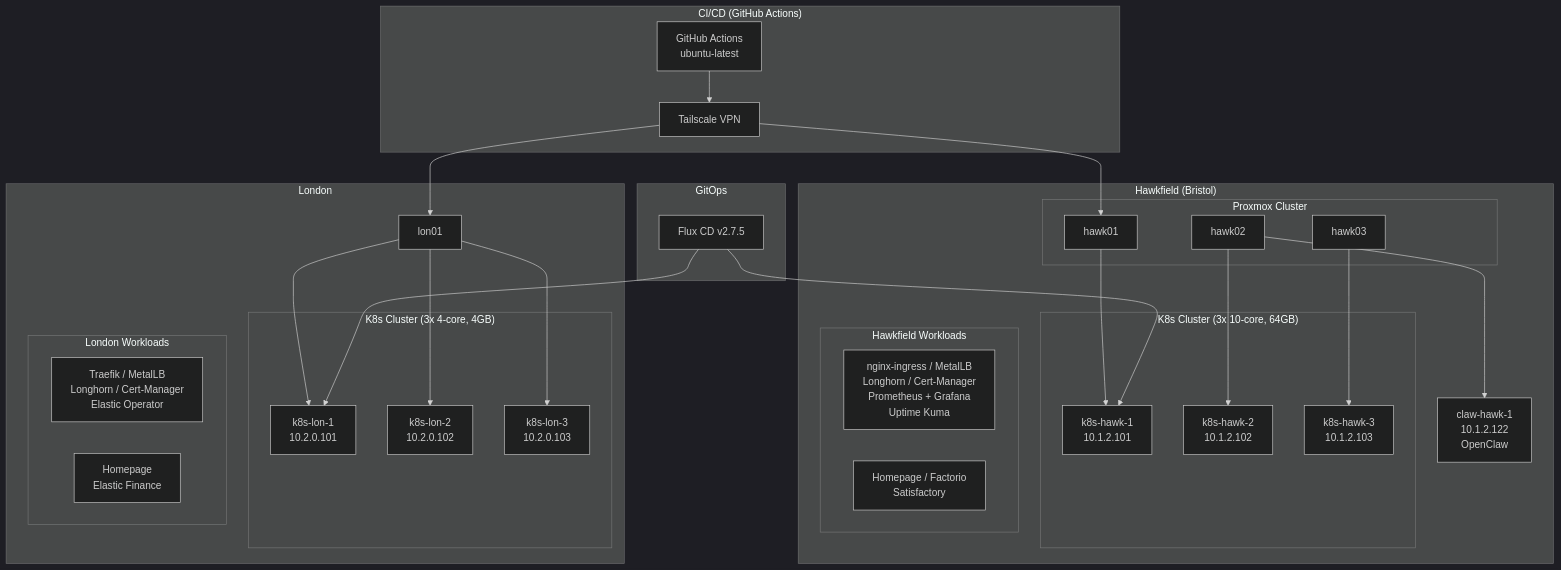
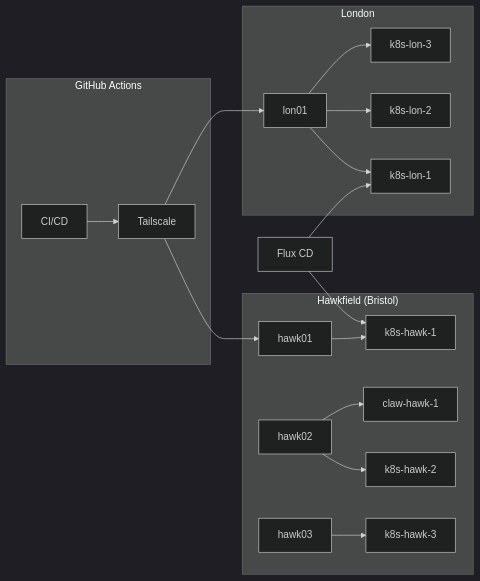
The diagram in README.md (clincha-org/clincha), drawn with Mermaid (dark theme) before and after one commit. The commit also changed other lines of this file, not shown here.

Commit message:
Simplify Mermaid diagram and move details to a table
Keep the diagram focused on physical topology (hosts, VMs, connectivity)
and move workloads, specs, and IPs into a Site Details table below.

````diff
--- a/README.md
+++ b/README.md
@@ -7,55 +7,25 @@
 ```mermaid
-graph TB
+graph LR
+    subgraph "GitHub Actions"
+        gha[CI/CD] --> ts[Tailscale]
+    end
+
     subgraph "Hawkfield (Bristol)"
-        subgraph "Proxmox Cluster"
-            hawk01[hawk01]
-            hawk02[hawk02]
-            hawk03[hawk03]
-        end
-        subgraph "K8s Cluster (3x 10-core, 64GB)"
-            kh1[k8s-hawk-1<br/>10.1.2.101]
-            kh2[k8s-hawk-2<br/>10.1.2.102]
-            kh3[k8s-hawk-3<br/>10.1.2.103]
-        end
-        claw[claw-hawk-1<br/>10.1.2.122<br/>OpenClaw]
-        hawk01 --> kh1
-        hawk02 --> kh2
-        hawk02 --> claw
-        hawk03 --> kh3
-        subgraph "Hawkfield Workloads"
-            h_infra[nginx-ingress / MetalLB<br/>Longhorn / Cert-Manager<br/>Prometheus + Grafana<br/>Uptime Kuma]
-            h_apps[Homepage / Factorio<br/>Satisfactory]
-        end
+        hawk01[hawk01] --> kh1[k8s-hawk-1]
+        hawk02[hawk02] --> kh2[k8s-hawk-2]
+        hawk03[hawk03] --> kh3[k8s-hawk-3]
+        hawk02 --> claw[claw-hawk-1]
     end
 
     subgraph "London"
-        lon01[lon01]
-        subgraph "K8s Cluster (3x 4-core, 4GB)"
-            kl1[k8s-lon-1<br/>10.2.0.101]
-            kl2[k8s-lon-2<br/>10.2.0.102]
-            kl3[k8s-lon-3<br/>10.2.0.103]
-        end
-        lon01 --> kl1
-        lon01 --> kl2
-        lon01 --> kl3
-        subgraph "London Workloads"
-            l_infra[Traefik / MetalLB<br/>Longhorn / Cert-Manager<br/>Elastic Operator]
-            l_apps[Homepage<br/>Elastic Finance]
-        end
-    end
-
-    subgraph "CI/CD (GitHub Actions)"
-        gha[GitHub Actions<br/>ubuntu-latest]
-        ts[Tailscale VPN]
-        gha --> ts
+        lon01[lon01] --> kl1[k8s-lon-1]
+        lon01 --> kl2[k8s-lon-2]
+        lon01 --> kl3[k8s-lon-3]
     end
 
     ts --> hawk01
     ts --> lon01
 
-    subgraph "GitOps"
-        flux[Flux CD v2.7.5]
-        flux --> kh1
-        flux --> kl1
-    end
+    flux[Flux CD] --> kh1
+    flux --> kl1
 ```
````
